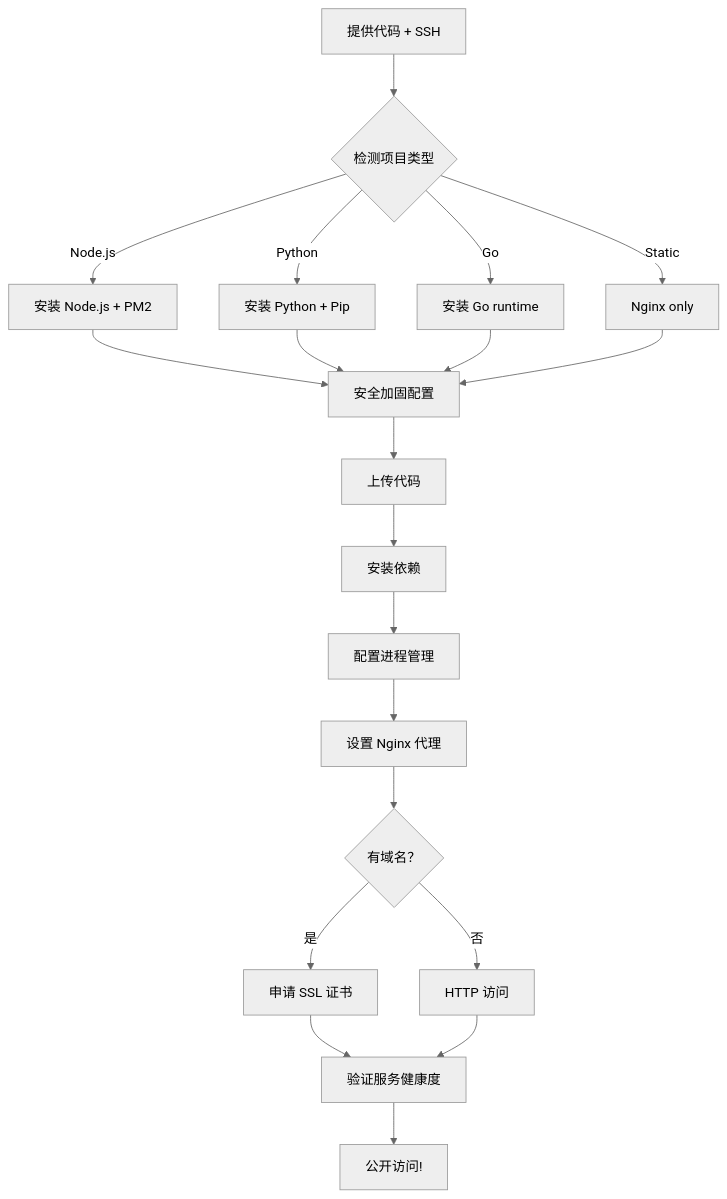
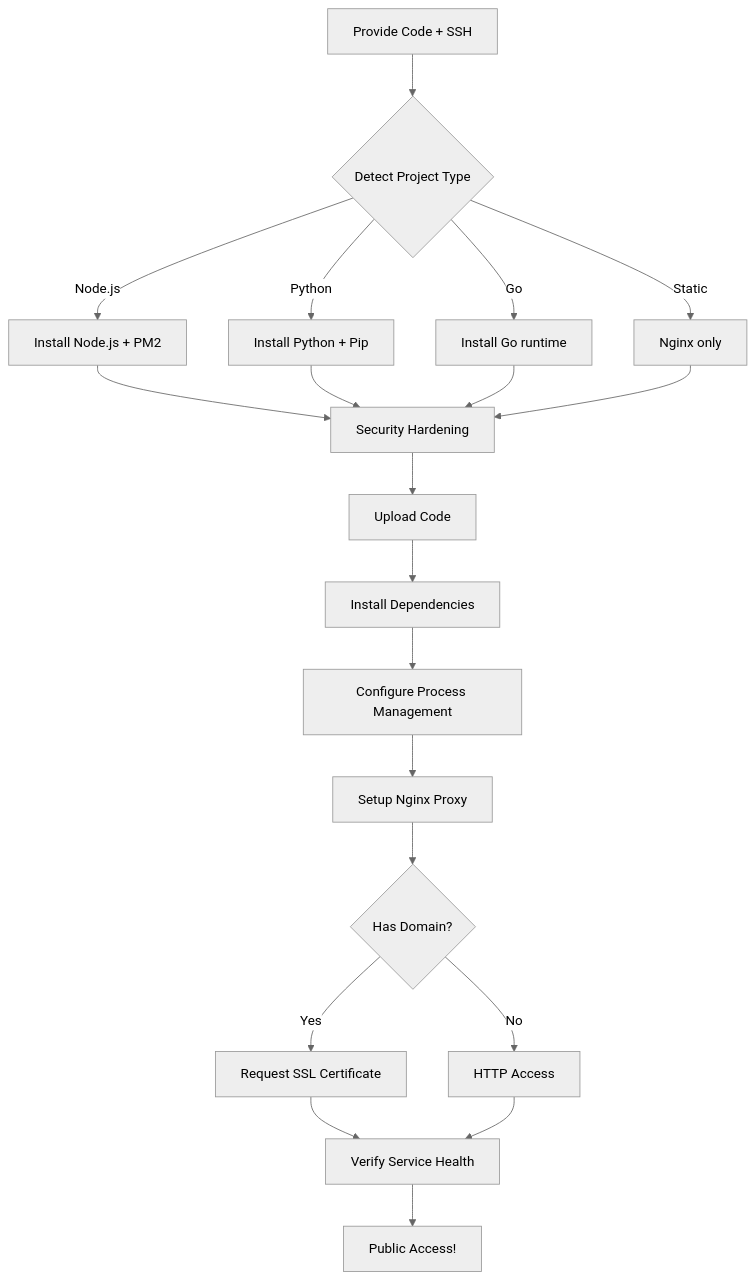
One commit to trigoldsun/openclaw-skill changed the diagram in references/QUICKSTART.md. Above: the diagram before and after it, drawn with Mermaid (neutral theme). The commit also changed other lines of this file and 9 other files, not shown here.

````diff
--- a/references/QUICKSTART.md
+++ b/references/QUICKSTART.md
@@ -85,24 +85,24 @@
 ```mermaid
 graph TD
-    A[提供代码 + SSH] --> B{检测项目类型}
-    B -->|Node.js| C[安装 Node.js + PM2]
-    B -->|Python| D[安装 Python + Pip]
-    B -->|Go| E[安装 Go runtime]
+    A[Provide Code + SSH] --> B{Detect Project Type}
+    B -->|Node.js| C[Install Node.js + PM2]
+    B -->|Python| D[Install Python + Pip]
+    B -->|Go| E[Install Go runtime]
     B -->|Static| F[Nginx only]
     
-    C --> G[安全加固配置]
+    C --> G[Security Hardening]
     D --> G
     E --> G
     F --> G
     
-    G --> H[上传代码]
-    H --> I[安装依赖]
-    I --> J[配置进程管理]
-    J --> K[设置 Nginx 代理]
-    K --> L{有域名？}
-    L -->|是 | M[申请 SSL 证书]
-    L -->|否 | N[HTTP 访问]
-    M --> O[验证服务健康度]
+    G --> H[Upload Code]
+    H --> I[Install Dependencies]
+    I --> J[Configure Process Management]
+    J --> K[Setup Nginx Proxy]
+    K --> L{Has Domain?}
+    L -->|Yes| M[Request SSL Certificate]
+    L -->|No| N[HTTP Access]
+    M --> O[Verify Service Health]
     N --> O
-    O --> P[公开访问!]
+    O --> P[Public Access!]
 ```
````
